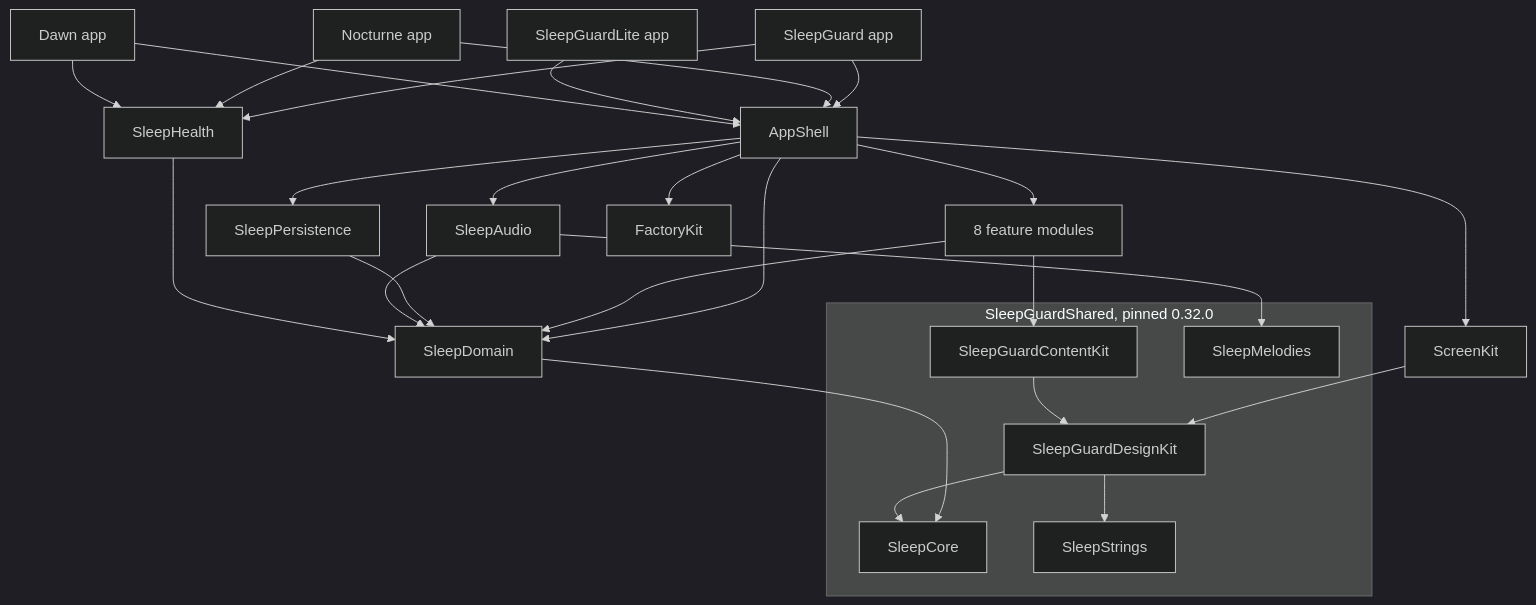
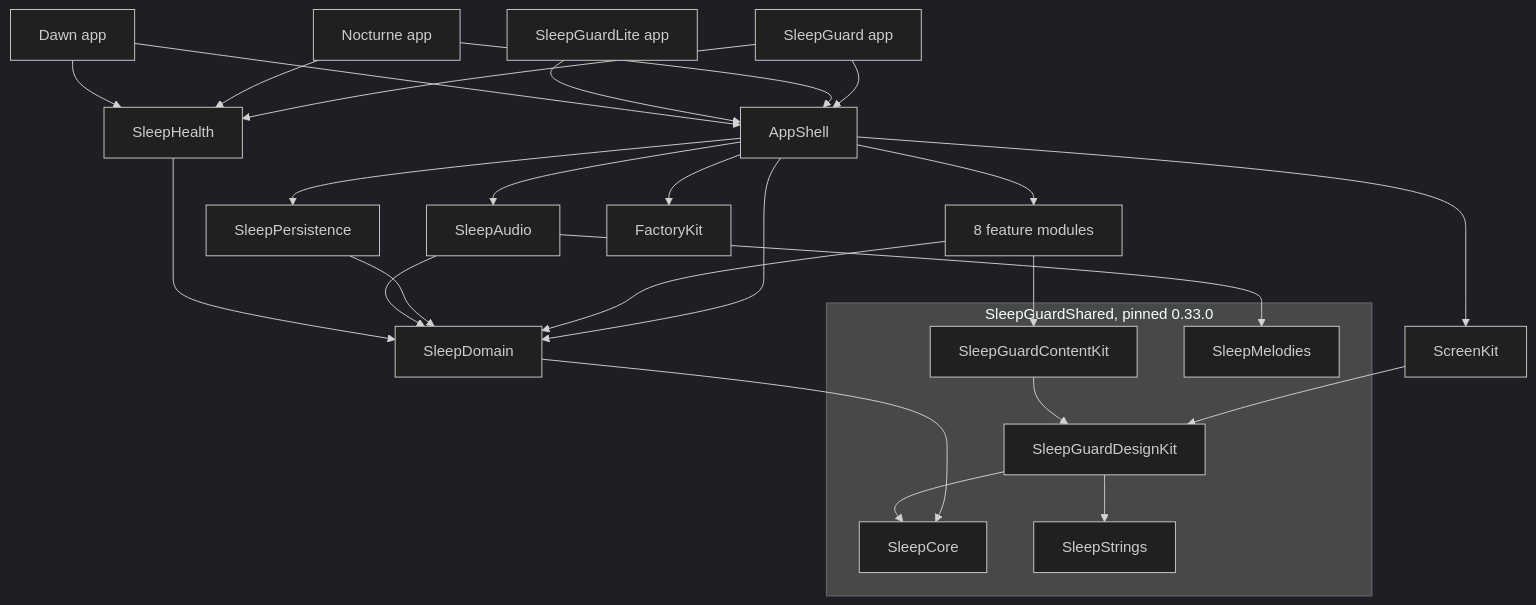
One commit to dardan0x/SleepGuardUIKitWay changed the diagram in docs/ARCHITECTURE.md. Above: the diagram before and after it, drawn with Mermaid (dark theme). The commit also changed other lines of this file and 19 other files, not shown here.

````diff
--- a/docs/ARCHITECTURE.md
+++ b/docs/ARCHITECTURE.md
@@ -20,37 +20,37 @@
 ```mermaid
 graph TD
   SG[SleepGuard app] --> AppShell
   NO[Nocturne app] --> AppShell
   LI[SleepGuardLite app] --> AppShell
   DA[Dawn app] --> AppShell
   SG --> SleepHealth
   NO --> SleepHealth
   DA --> SleepHealth
 
   AppShell --> Features[8 feature modules]
   AppShell --> ScreenKit
   AppShell --> SleepPersistence
   AppShell --> SleepAudio
   AppShell --> SleepDomain
   AppShell --> FactoryKit
 
   Features --> SleepDomain
   Features --> ContentKit[SleepGuardContentKit]
   SleepPersistence --> SleepDomain
   SleepAudio --> SleepDomain
   SleepAudio --> SleepMelodies
   SleepHealth --> SleepDomain
   ScreenKit --> DesignKit[SleepGuardDesignKit]
   SleepDomain --> SleepCore
   ContentKit --> DesignKit
   DesignKit --> SleepStrings
   DesignKit --> SleepCore
 
-  subgraph Shared["SleepGuardShared, pinned 0.32.0"]
+  subgraph Shared["SleepGuardShared, pinned 0.33.0"]
     SleepCore
     SleepStrings
     SleepMelodies
     DesignKit
     ContentKit
   end
 ```
````
